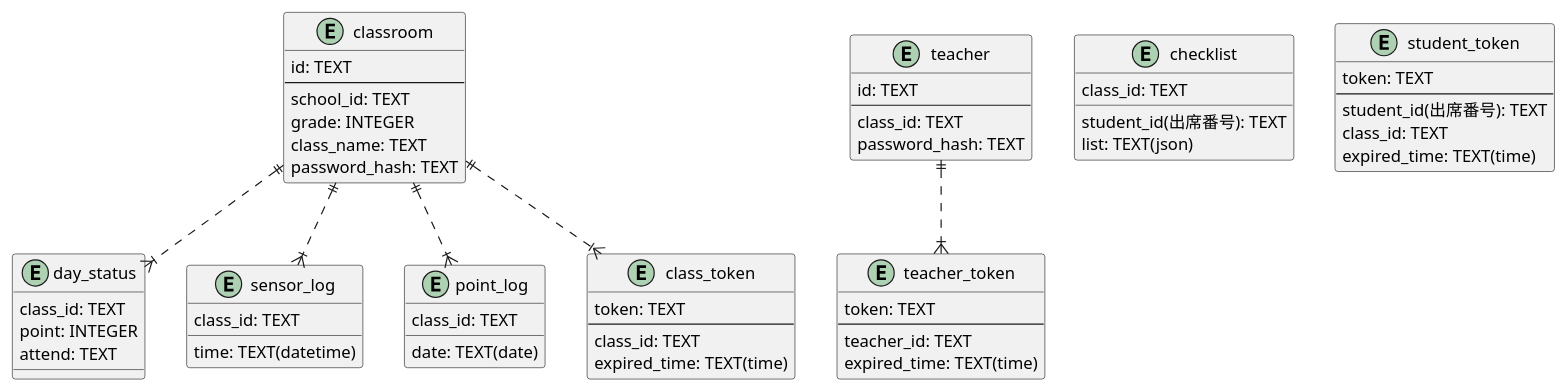
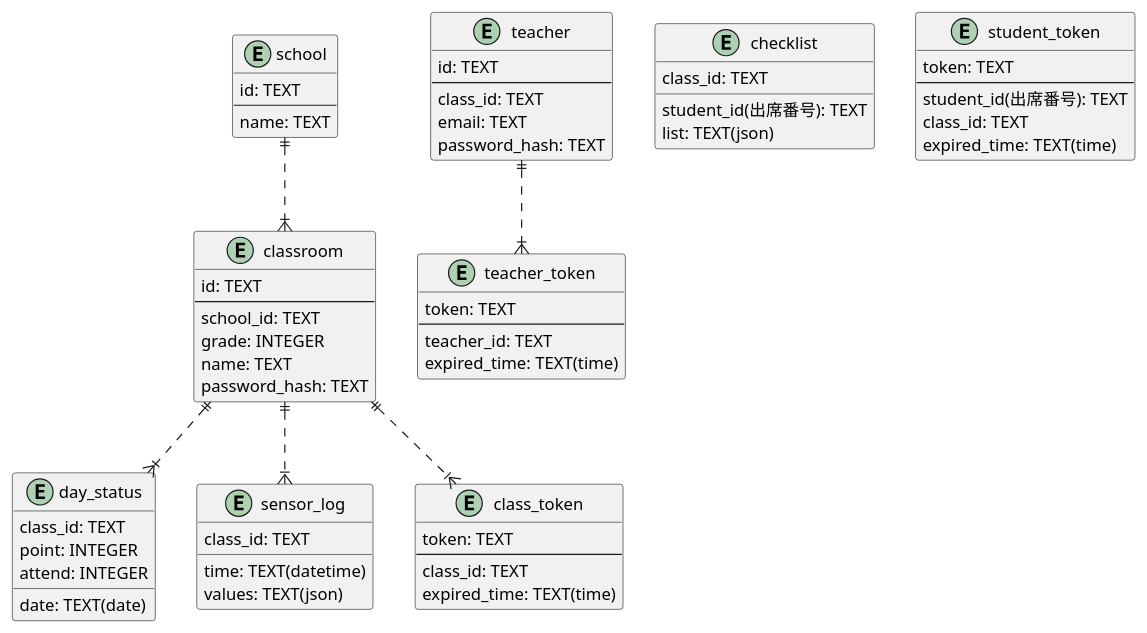
The diagram in documents/db.pu (2024-Kosen-programming-contest-Ube/ecowatch_backend), drawn with PlantUML before and after one commit. The commit also changed 4 other files, not shown here.

```diff
--- a/documents/db.pu
+++ b/documents/db.pu
@@ -1,70 +1,74 @@
 @startuml database
+
+entity school {
+  id: TEXT
+  --
+  name: TEXT
+}
 
 entity classroom {
   id: TEXT
   --
   school_id: TEXT
   grade: INTEGER
-  class_name: TEXT
+  name: TEXT
   password_hash: TEXT
 }
 
 entity teacher {
   id: TEXT
   --
   class_id: TEXT
+  email: TEXT
   password_hash: TEXT
 }
 
 entity day_status {
+  date: TEXT(date)
   class_id: TEXT
   point: INTEGER
-  attend: TEXT
+  attend: INTEGER
 }
 
 entity sensor_log {
   class_id: TEXT
   time: TEXT(datetime)
+  values: TEXT(json)
 }
 
 entity checklist {
   student_id(出席番号): TEXT
   class_id: TEXT
   list: TEXT(json)
-}
-
-entity point_log {
-  class_id: TEXT
-  date: TEXT(date)
 }
 
 entity class_token {
   token: TEXT
   --
   class_id: TEXT
   expired_time: TEXT(time)
 }
 
 entity teacher_token {
   token: TEXT
   --
   teacher_id: TEXT
   expired_time: TEXT(time)
 }
 
 entity student_token {
   token: TEXT
   --
   student_id(出席番号): TEXT
   class_id: TEXT
   expired_time: TEXT(time)
 }
 
+school ||..|{ classroom
 classroom ||..|{ day_status
 classroom ||..|{ sensor_log
-classroom ||..|{ point_log
 
 classroom ||..|{ class_token
 teacher ||..|{ teacher_token
 
 @enduml
```
